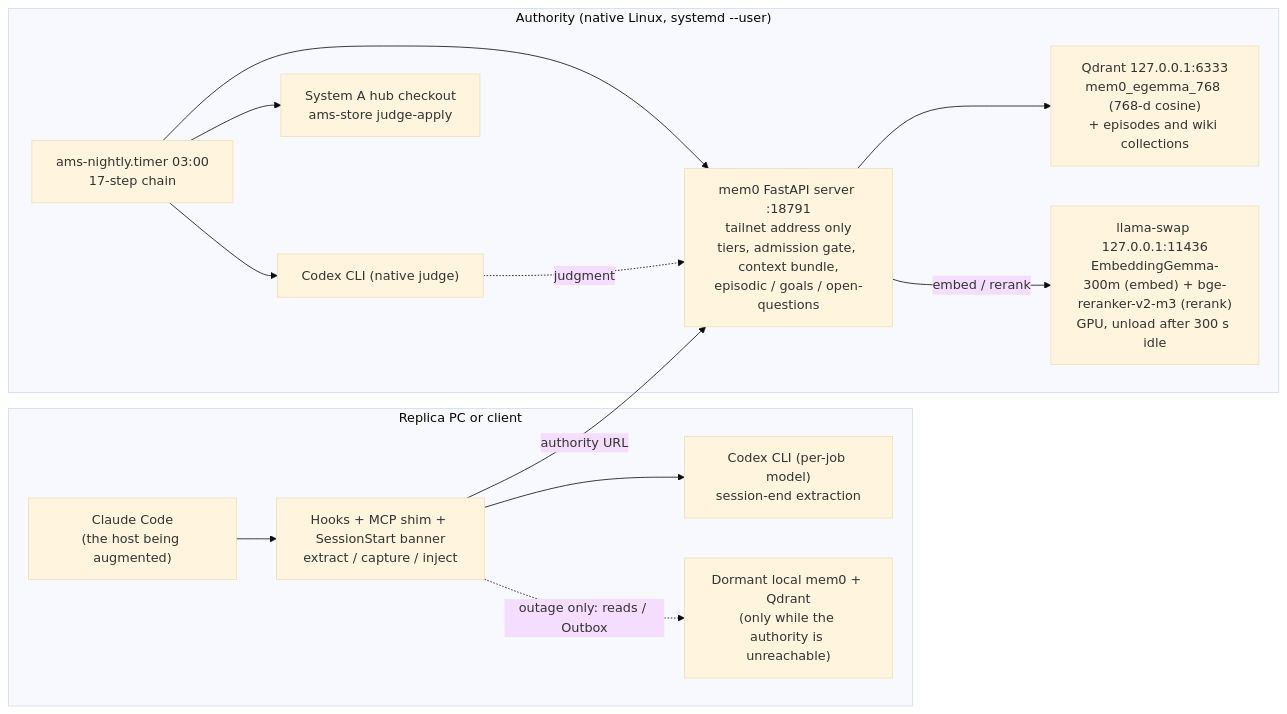
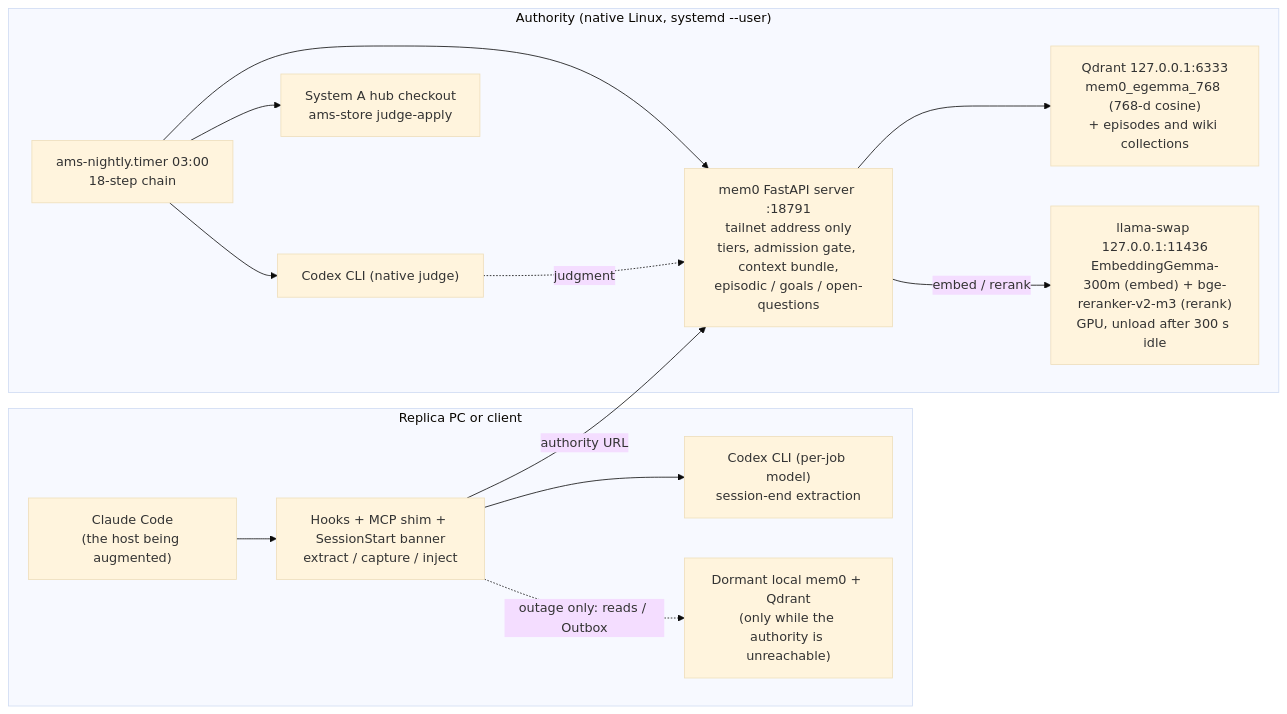
Before and after one commit to dmmdea/agentic-memory-stack-for-claude-code: the first of 3 diagrams in ARCHITECTURE.md, drawn with Mermaid (base theme). The commit also changed other lines of this file and 9 other files, not shown here.

````diff
--- a/ARCHITECTURE.md
+++ b/ARCHITECTURE.md
@@ -29,27 +29,27 @@
 ```mermaid
 flowchart LR
     subgraph PC["Replica PC or client"]
         CC["Claude Code<br/>(the host being augmented)"]
         HOOKS["Hooks + MCP shim + SessionStart banner<br/>extract / capture / inject"]
         PCCODEX["Codex CLI (per-job model)<br/>session-end extraction"]
         DORMANT["Dormant local mem0 + Qdrant<br/>(only while the authority is unreachable)"]
     end
     subgraph AUTH["Authority (native Linux, systemd --user)"]
         MEM0["mem0 FastAPI server :18791<br/>tailnet address only<br/>tiers, admission gate, context bundle,<br/>episodic / goals / open-questions"]
         QD["Qdrant 127.0.0.1:6333<br/>mem0_egemma_768 (768-d cosine)<br/>+ episodes and wiki collections"]
         LS["llama-swap 127.0.0.1:11436<br/>EmbeddingGemma-300m (embed) + bge-reranker-v2-m3 (rerank)<br/>GPU, unload after 300 s idle"]
-        CHAIN["ams-nightly.timer 03:00<br/>17-step chain"]
+        CHAIN["ams-nightly.timer 03:00<br/>18-step chain"]
         JUDGE["Codex CLI (native judge)"]
         STORE["System A hub checkout<br/>ams-store judge-apply"]
     end
     CC --> HOOKS
     HOOKS -->|"authority URL"| MEM0
     HOOKS -.->|"outage only: reads / Outbox"| DORMANT
     HOOKS --> PCCODEX
     MEM0 --> QD
     MEM0 -->|"embed / rerank"| LS
     CHAIN --> MEM0
     CHAIN --> JUDGE
     CHAIN --> STORE
     JUDGE -.->|"judgment"| MEM0
 ```
````
